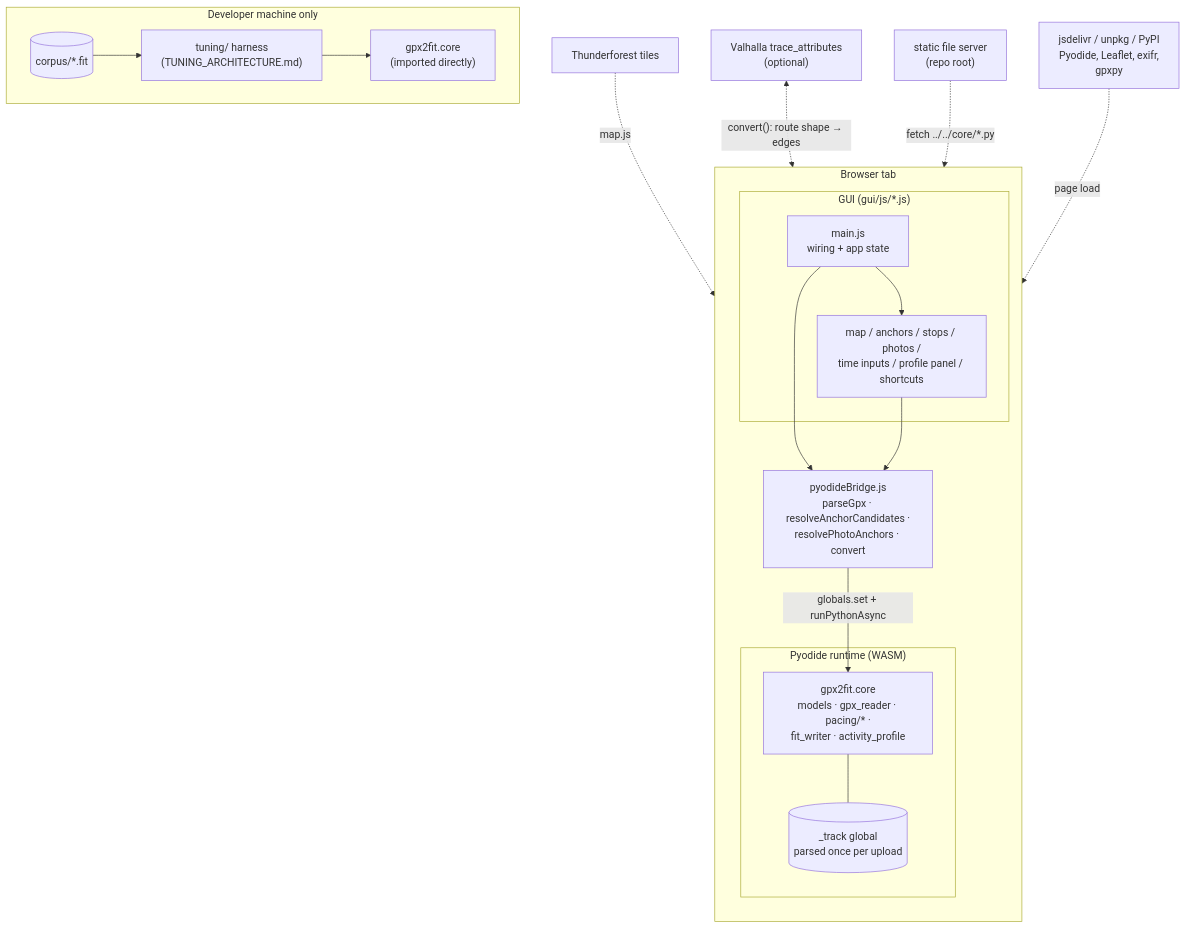
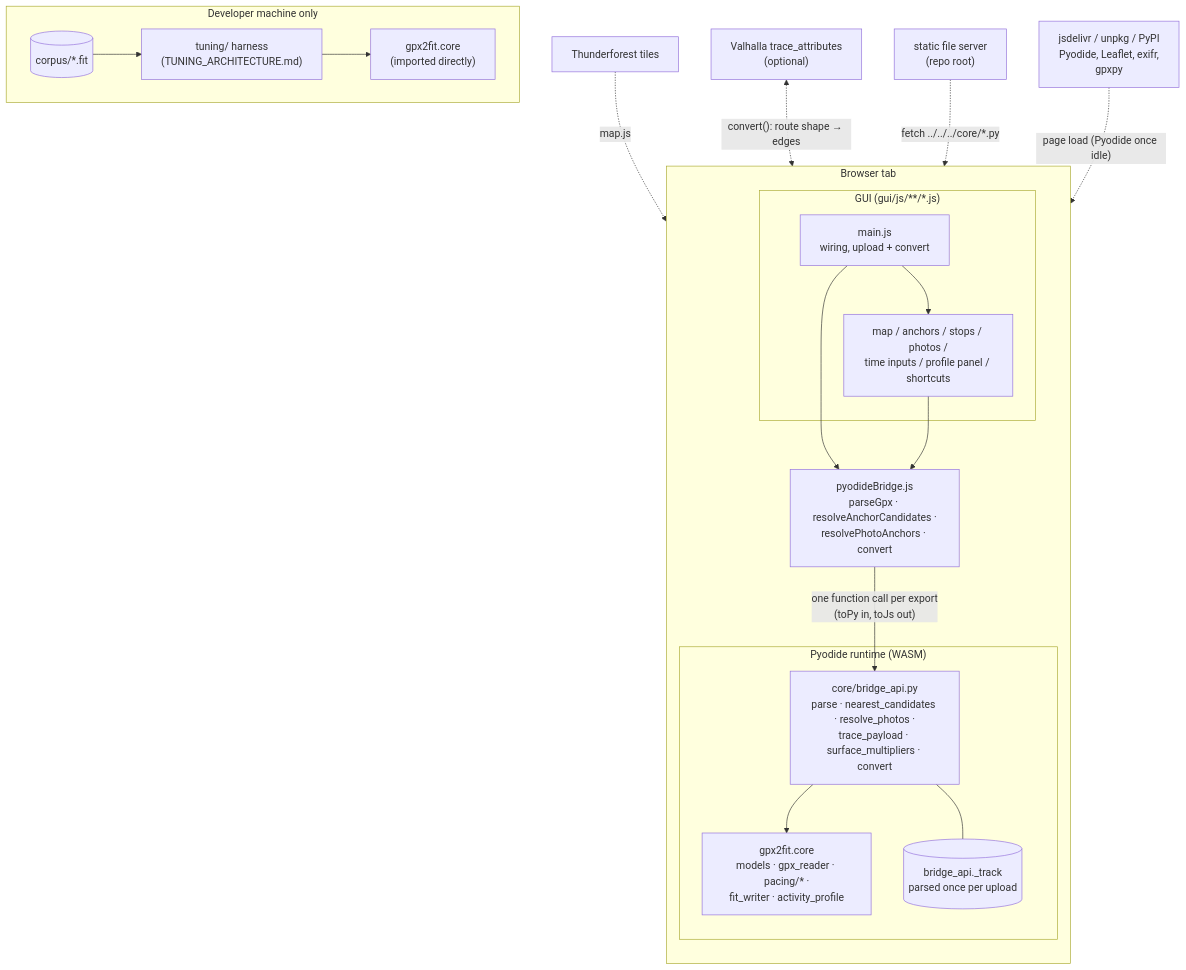
Before and after one commit to martin-iflap/GPX_to_FIT: the first of 16 diagrams in docs/ARCHITECTURE.md, drawn with Mermaid. The commit also changed other lines of this file and 98 other files, not shown here.

````diff
--- a/docs/ARCHITECTURE.md
+++ b/docs/ARCHITECTURE.md
@@ -88,30 +102,32 @@
 ```mermaid
 flowchart TB
   subgraph Browser["Browser tab"]
     direction TB
-    subgraph GUI["GUI (gui/js/*.js)"]
-      main["main.js<br/>wiring + app state"]
+    subgraph GUI["GUI (gui/js/**/*.js)"]
+      main["main.js<br/>wiring, upload + convert"]
       ui["map / anchors / stops / photos /<br/>time inputs / profile panel / shortcuts"]
     end
     bridge["pyodideBridge.js<br/>parseGpx · resolveAnchorCandidates ·<br/>resolvePhotoAnchors · convert"]
     subgraph Py["Pyodide runtime (WASM)"]
-      track[("_track global<br/>parsed once per upload")]
+      api["core/bridge_api.py<br/>parse · nearest_candidates · resolve_photos ·<br/>trace_payload · surface_multipliers · convert"]
+      track[("bridge_api._track<br/>parsed once per upload")]
       core["gpx2fit.core<br/>models · gpx_reader · pacing/* ·<br/>fit_writer · activity_profile"]
     end
     main --> ui
     main --> bridge
     ui --> bridge
-    bridge -- "globals.set + runPythonAsync" --> core
-    core --- track
+    bridge -- "one function call per export<br/>(toPy in, toJs out)" --> api
+    api --> core
+    api --- track
   end
 
-  CDN["jsdelivr / unpkg / PyPI<br/>Pyodide, Leaflet, exifr,<br/>gpxpy"] -. "page load" .-> Browser
+  CDN["jsdelivr / unpkg / PyPI<br/>Pyodide, Leaflet, exifr,<br/>gpxpy"] -. "page load (Pyodide once idle)" .-> Browser
   TF["Thunderforest tiles"] -. "map.js" .-> ui
   VH["Valhalla trace_attributes<br/>(optional)"] <-. "convert(): route shape → edges" .-> bridge
-  Static["static file server<br/>(repo root)"] -. "fetch ../../core/*.py" .-> bridge
+  Static["static file server<br/>(repo root)"] -. "fetch ../../../core/*.py" .-> bridge
 
   subgraph Offline["Developer machine only"]
     tuning["tuning/ harness<br/>(TUNING_ARCHITECTURE.md)"] --> core2["gpx2fit.core<br/>(imported directly)"]
     corpus[("corpus/*.fit")] --> tuning
   end
 ```
````
